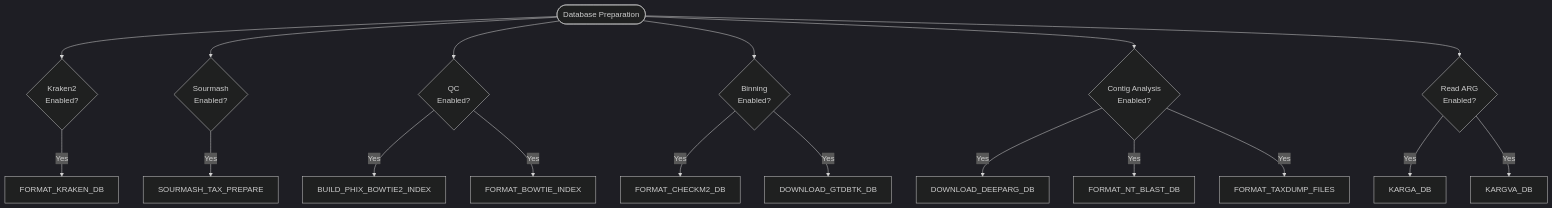
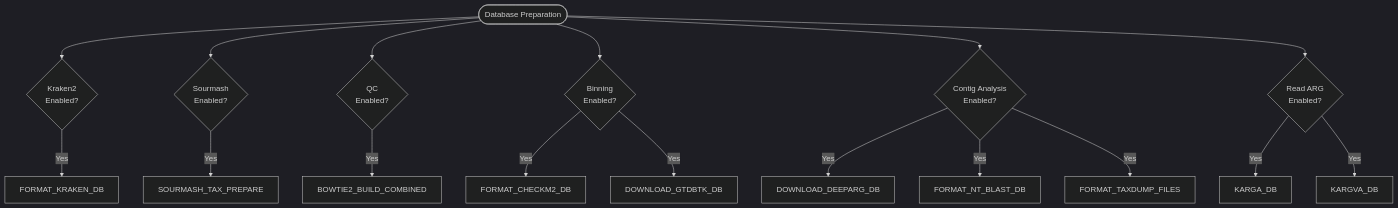
The third of 8 diagrams in docs/WORKFLOW_DIAGRAM.md (gene2dis/BugBuster), drawn with Mermaid (dark theme) before and after one commit. The commit also changed other lines of this file and 10 other files, not shown here.

First line of the commit message:
fix(databases): build host decontamination index from genome FASTA (audit #1)

````diff
--- a/docs/WORKFLOW_DIAGRAM.md
+++ b/docs/WORKFLOW_DIAGRAM.md
@@ -92,21 +92,20 @@
 ```mermaid
 flowchart TD
     Start([Database Preparation]) --> Kraken{Kraken2<br/>Enabled?}
     Start --> Sourmash{Sourmash<br/>Enabled?}
     Start --> QCdb{QC<br/>Enabled?}
     Start --> Bindb{Binning<br/>Enabled?}
     Start --> Contigdb{Contig Analysis<br/>Enabled?}
     Start --> ReadARGdb{Read ARG<br/>Enabled?}
     
     Kraken -->|Yes| KrakenDB[FORMAT_KRAKEN_DB]
     Sourmash -->|Yes| SourmashDB[SOURMASH_TAX_PREPARE]
-    QCdb -->|Yes| PhiX[BUILD_PHIX_BOWTIE2_INDEX]
-    QCdb -->|Yes| Host[FORMAT_BOWTIE_INDEX]
+    QCdb -->|Yes| Decontam[BOWTIE2_BUILD_COMBINED]
     Bindb -->|Yes| CheckM2[FORMAT_CHECKM2_DB]
     Bindb -->|Yes| GTDBTK[DOWNLOAD_GTDBTK_DB]
     Contigdb -->|Yes| DeepARG[DOWNLOAD_DEEPARG_DB]
     Contigdb -->|Yes| BLAST[FORMAT_NT_BLAST_DB]
     Contigdb -->|Yes| Taxdump[FORMAT_TAXDUMP_FILES]
     ReadARGdb -->|Yes| KARGA[KARGA_DB]
     ReadARGdb -->|Yes| KARGVA[KARGVA_DB]
 ```
````
